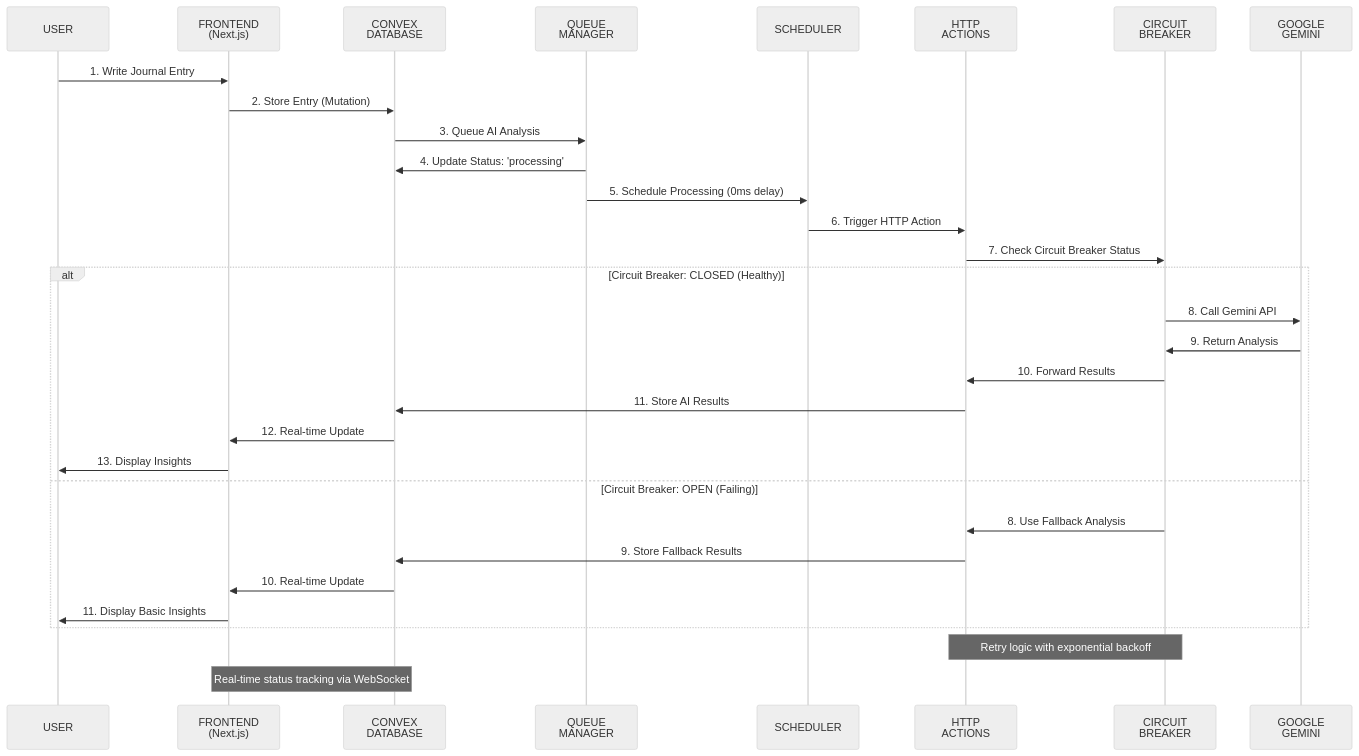
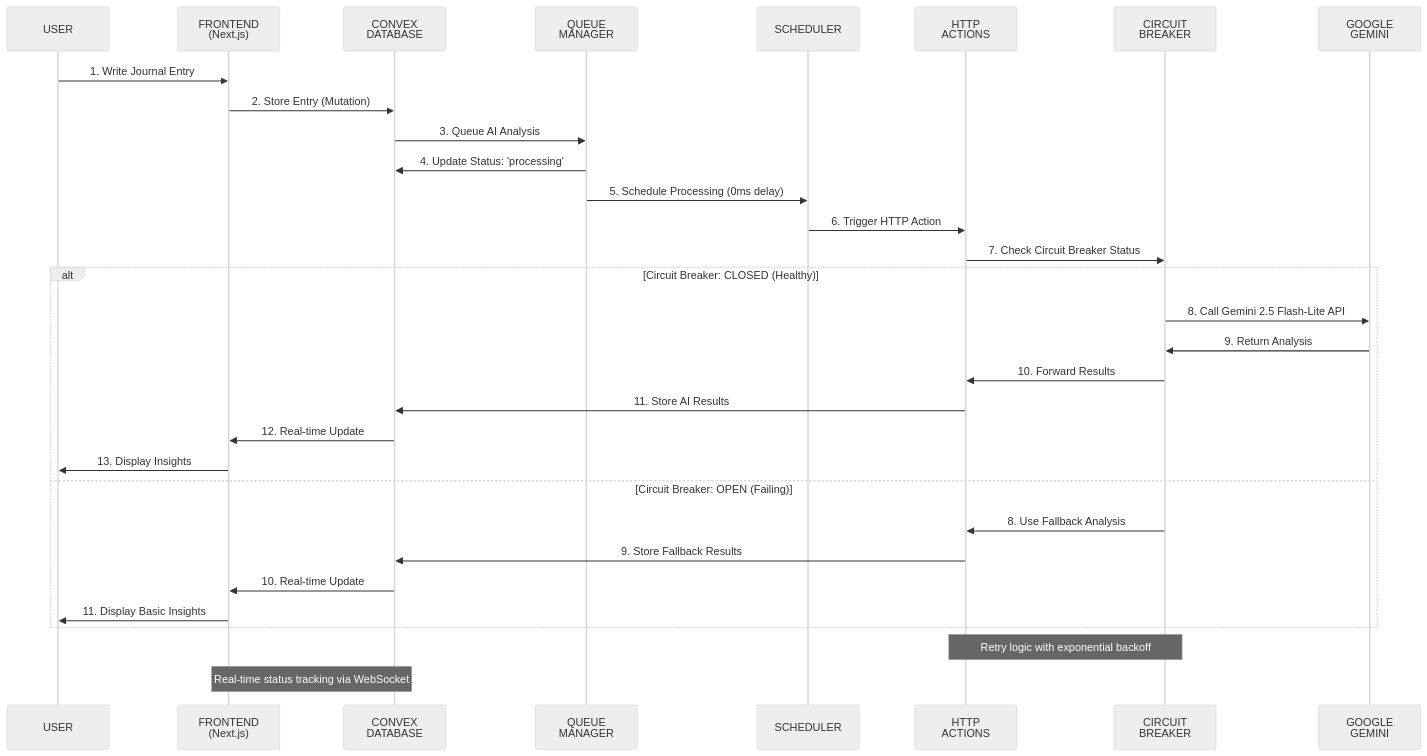
One commit to tcynic/resonant changed the second of 10 diagrams in docs/architecture/system-architecture.md. Above: the diagram before and after it, drawn with Mermaid (neutral theme). The commit also changed other lines of this file and 29 other files, not shown here.

First line of the commit message:
Update AI model to Gemini 2.5 Flash-Lite and update all documentation

````diff
--- a/docs/architecture/system-architecture.md
+++ b/docs/architecture/system-architecture.md
@@ -69,37 +69,37 @@
 ```mermaid
 sequenceDiagram
     participant U as USER
     participant F as FRONTEND<br/>(Next.js)
     participant C as CONVEX<br/>DATABASE
     participant Q as QUEUE<br/>MANAGER
     participant S as SCHEDULER
     participant H as HTTP<br/>ACTIONS
     participant CB as CIRCUIT<br/>BREAKER
     participant G as GOOGLE<br/>GEMINI
 
     U->>F: 1. Write Journal Entry
     F->>C: 2. Store Entry (Mutation)
     C->>Q: 3. Queue AI Analysis
     Q->>C: 4. Update Status: 'processing'
     Q->>S: 5. Schedule Processing (0ms delay)
-    
+
     S->>H: 6. Trigger HTTP Action
     H->>CB: 7. Check Circuit Breaker Status
-    
+
     alt Circuit Breaker: CLOSED (Healthy)
-        CB->>G: 8. Call Gemini API
+        CB->>G: 8. Call Gemini 2.5 Flash-Lite API
         G->>CB: 9. Return Analysis
         CB->>H: 10. Forward Results
         H->>C: 11. Store AI Results
         C->>F: 12. Real-time Update
         F->>U: 13. Display Insights
     else Circuit Breaker: OPEN (Failing)
         CB->>H: 8. Use Fallback Analysis
         H->>C: 9. Store Fallback Results
         C->>F: 10. Real-time Update
         F->>U: 11. Display Basic Insights
     end
-    
+
     Note over H,CB: Retry logic with exponential backoff
     Note over C,F: Real-time status tracking via WebSocket
 ```
````
